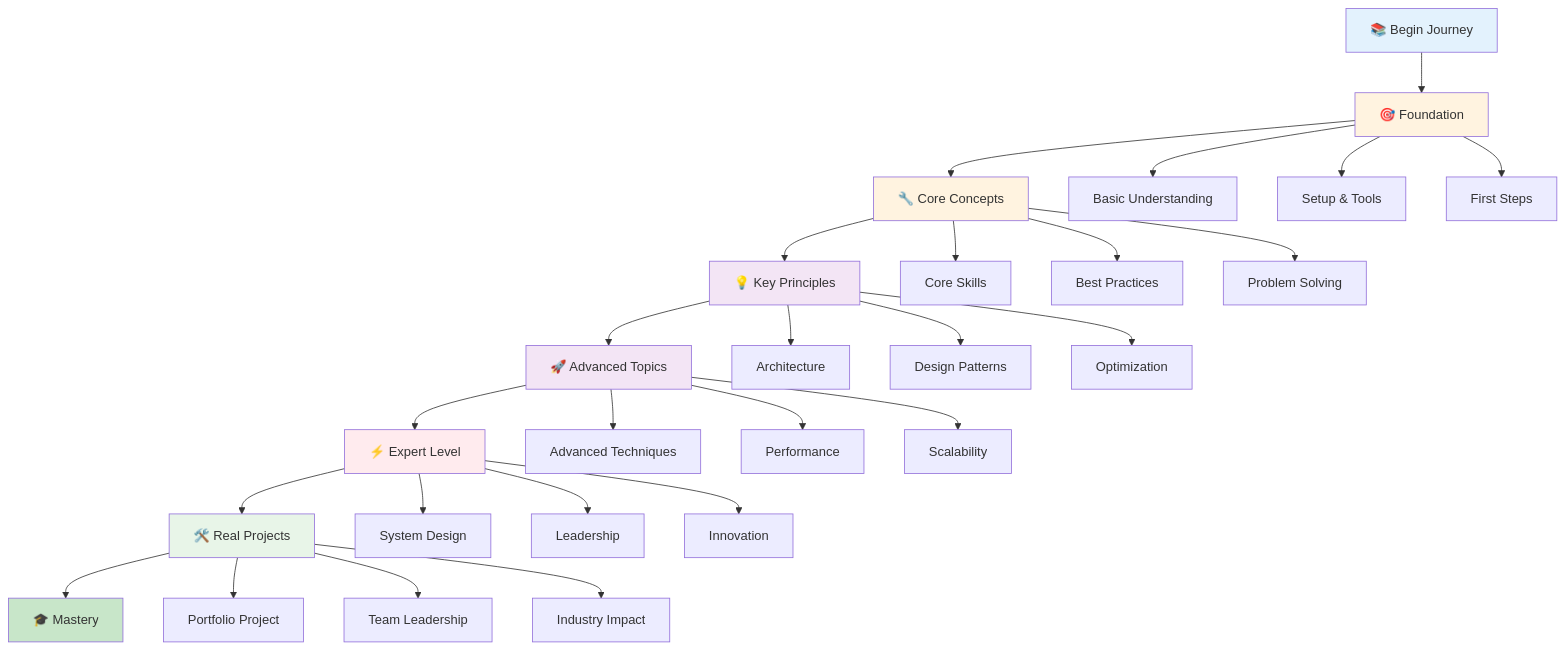
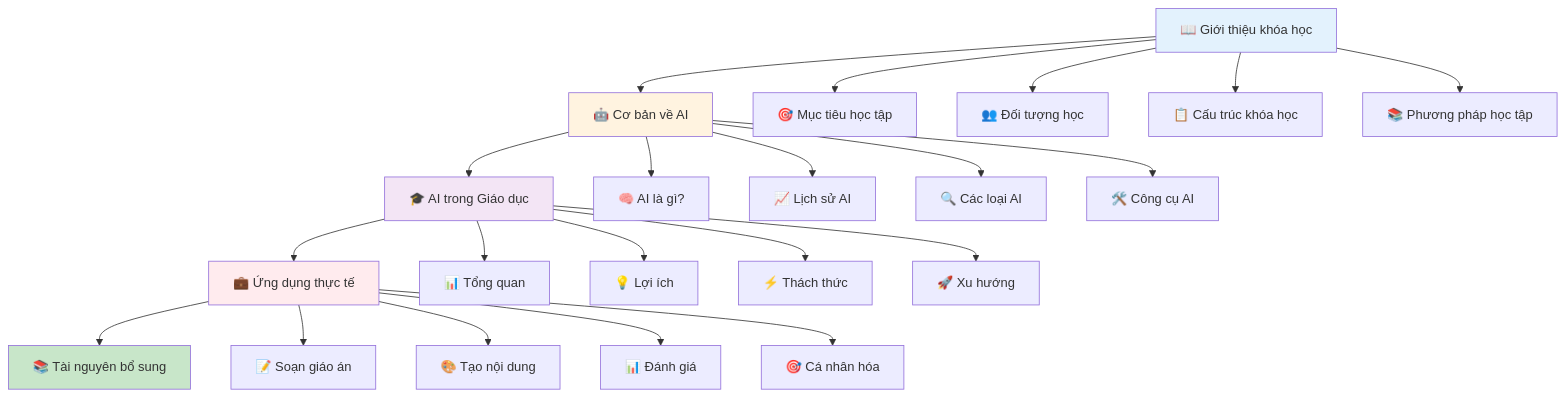
One commit to zukahai/ai-teaching changed the first of 2 diagrams in docs/introduction/intro.md. Above: the diagram before and after it, drawn with Mermaid. The commit also changed other lines of this file and 6 other files, not shown here.

````diff
--- a/docs/introduction/intro.md
+++ b/docs/introduction/intro.md
@@ -5,43 +13,33 @@
 ```mermaid
 graph TD
-    A[📚 Begin Journey] --> B[🎯 Foundation]
-    B --> C[🔧 Core Concepts]
-    C --> D[💡 Key Principles]
-    D --> E[🚀 Advanced Topics]
-    E --> F[⚡ Expert Level]
-    F --> G[🛠️ Real Projects]
-    G --> H[🎓 Mastery]
+    A[📖 Giới thiệu khóa học] --> B[🤖 Cơ bản về AI]
+    B --> C[🎓 AI trong Giáo dục]
+    C --> D[💼 Ứng dụng thực tế]
+    D --> E[📚 Tài nguyên bổ sung]
     
-    B --> B1[Basic Understanding]
-    B --> B2[Setup & Tools]
-    B --> B3[First Steps]
+    A --> A1[🎯 Mục tiêu học tập]
+    A --> A2[👥 Đối tượng học]
+    A --> A3[📋 Cấu trúc khóa học]
+    A --> A4[📚 Phương pháp học tập]
     
-    C --> C1[Core Skills]
-    C --> C2[Best Practices]
-    C --> C3[Problem Solving]
+    B --> B1[🧠 AI là gì?]
+    B --> B2[📈 Lịch sử AI]
+    B --> B3[🔍 Các loại AI]
+    B --> B4[🛠️ Công cụ AI]
     
-    D --> D1[Architecture]
-    D --> D2[Design Patterns]
-    D --> D3[Optimization]
+    C --> C1[📊 Tổng quan]
+    C --> C2[💡 Lợi ích]
+    C --> C3[⚡ Thách thức]
+    C --> C4[🚀 Xu hướng]
     
-    E --> E1[Advanced Techniques]
-    E --> E2[Performance]
-    E --> E3[Scalability]
-    
-    F --> F1[System Design]
-    F --> F2[Leadership]
-    F --> F3[Innovation]
-    
-    G --> G1[Portfolio Project]
-    G --> G2[Team Leadership]
-    G --> G3[Industry Impact]
+    D --> D1[📝 Soạn giáo án]
+    D --> D2[🎨 Tạo nội dung]
+    D --> D3[📊 Đánh giá]
+    D --> D4[🎯 Cá nhân hóa]
     
     style A fill:#e3f2fd
-    style H fill:#c8e6c9
+    style E fill:#c8e6c9
     style B fill:#fff3e0
-    style C fill:#fff3e0
-    style D fill:#f3e5f5
-    style E fill:#f3e5f5
-    style F fill:#ffebee
-    style G fill:#e8f5e8
+    style C fill:#f3e5f5
+    style D fill:#ffebee
 ```
````
